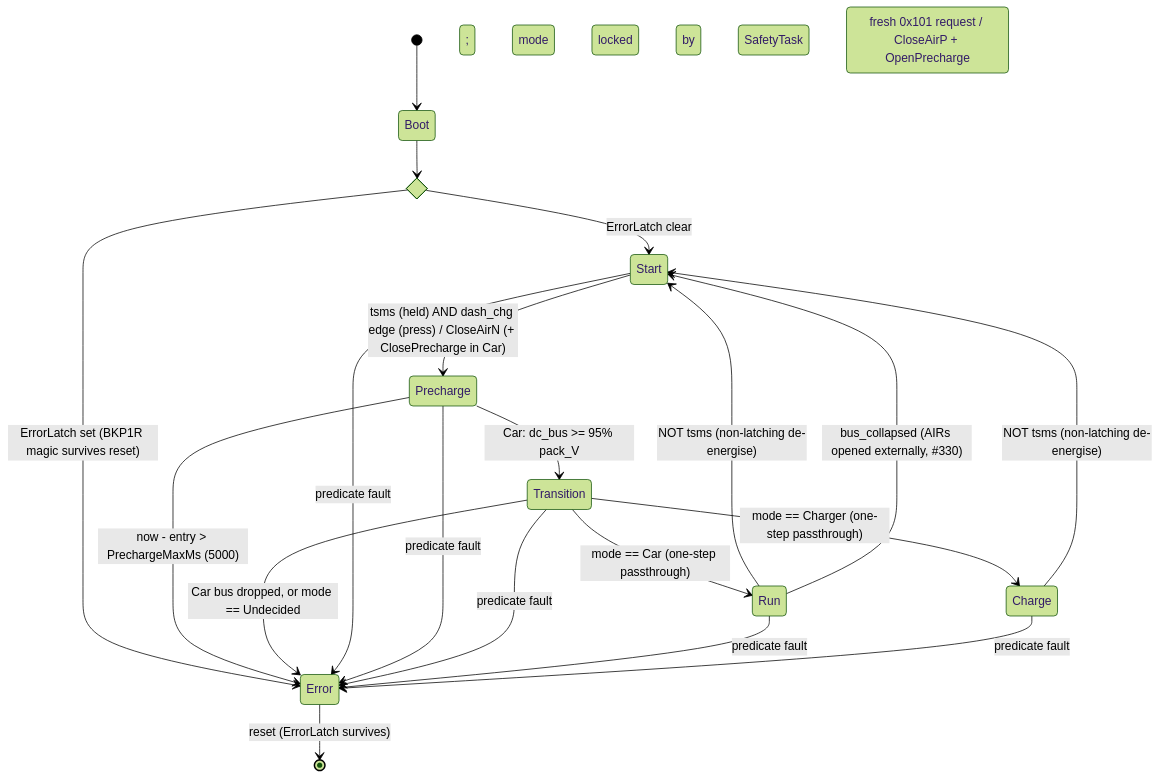
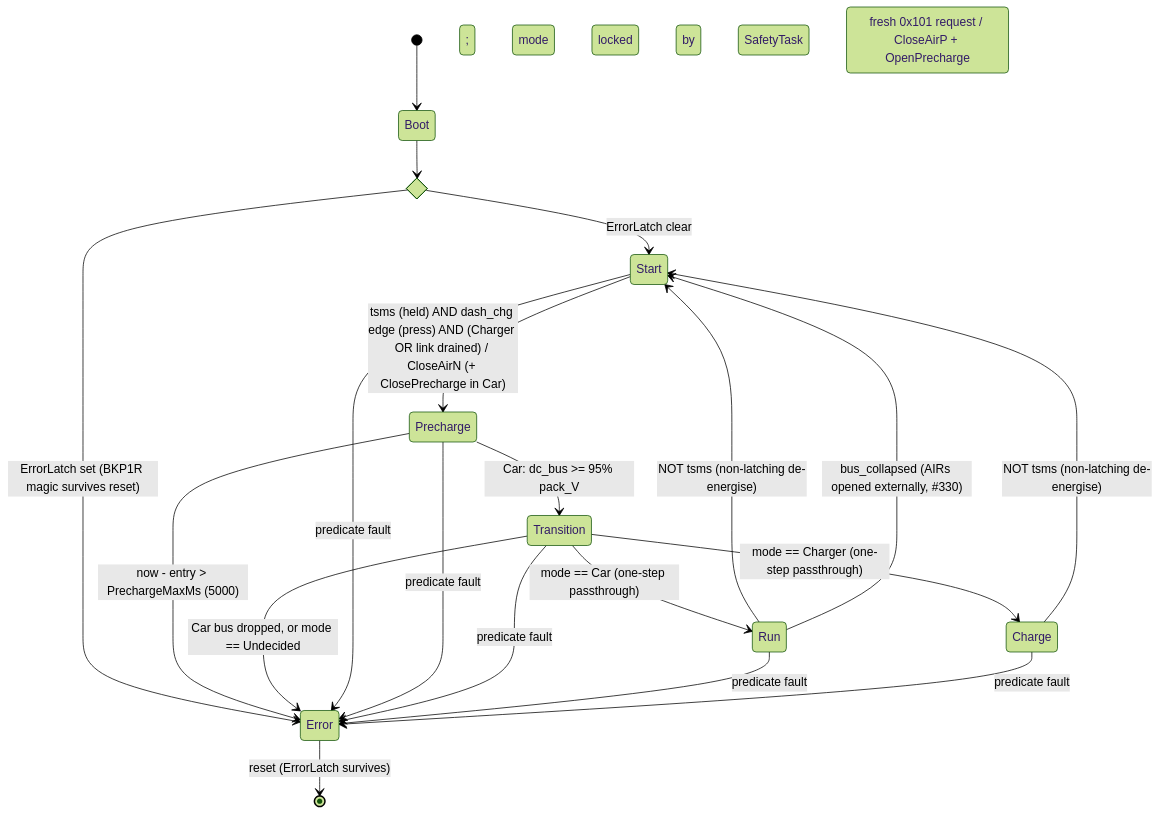
The second of 3 diagrams in docs/FSM_OVERVIEW.md (isc-fs/IFS08-CE-AMS), drawn with Mermaid (forest theme) before and after one commit. The commit also changed other lines of this file and 15 other files, not shown here.

````diff
--- a/docs/FSM_OVERVIEW.md
+++ b/docs/FSM_OVERVIEW.md
@@ -446,29 +478,29 @@
 ```mermaid
 stateDiagram-v2
     [*] --> Boot
     state boot_check <<choice>>
     Boot --> boot_check
     boot_check --> Start : ErrorLatch clear
     boot_check --> Error : ErrorLatch set (BKP1R magic survives reset)
 
-    Start --> Precharge : tsms (held) AND dash_chg edge (press) / CloseAirN (+ ClosePrecharge in Car) ; mode locked by SafetyTask
+    Start --> Precharge : tsms (held) AND dash_chg edge (press) AND (Charger OR link drained) / CloseAirN (+ ClosePrecharge in Car) ; mode locked by SafetyTask
 
     Precharge --> Transition : Car: dc_bus >= 95% pack_V ; Charger: fresh 0x101 request / CloseAirP + OpenPrecharge
     Precharge --> Error : now - entry > PrechargeMaxMs (5000)
 
     Transition --> Run : mode == Car (one-step passthrough)
     Transition --> Charge : mode == Charger (one-step passthrough)
     Transition --> Error : Car bus dropped, or mode == Undecided
 
     Run --> Start : NOT tsms (non-latching de-energise)
     Run --> Start : bus_collapsed (AIRs opened externally, #330)
     Charge --> Start : NOT tsms (non-latching de-energise)
 
     Start --> Error : predicate fault
     Precharge --> Error : predicate fault
     Transition --> Error : predicate fault
     Run --> Error : predicate fault
     Charge --> Error : predicate fault
 
     Error --> [*] : reset (ErrorLatch survives)
 ```
````
